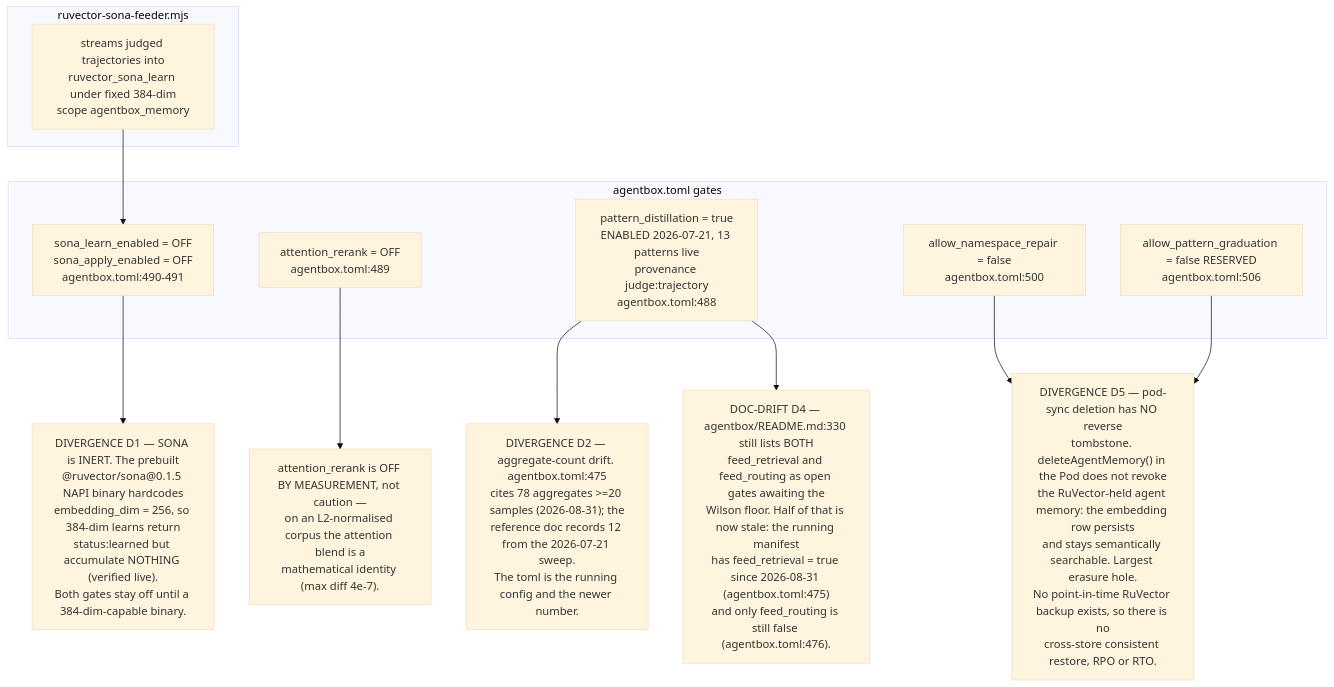
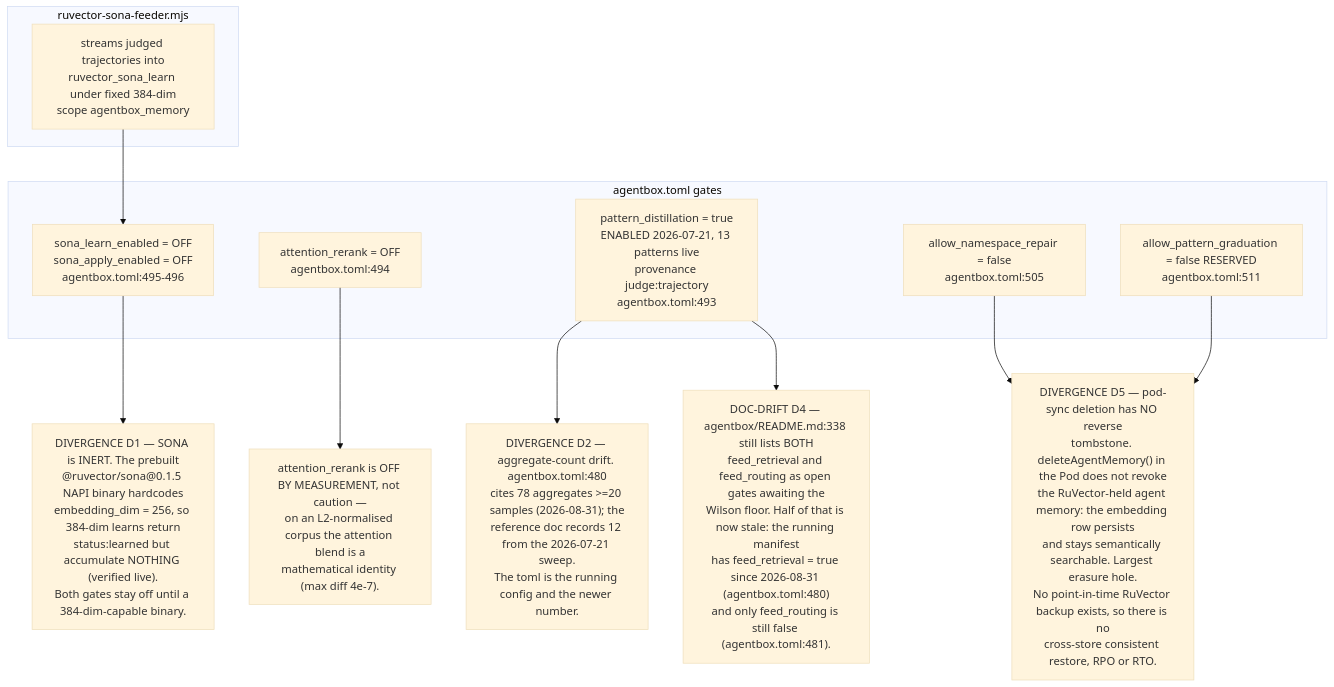
One commit to DreamLab-AI/VisionFlow changed the fifth of 6 diagrams in docs/diagrams/estate/07-memory-and-embedding-estate.md. Above: the diagram before and after it, drawn with Mermaid (base theme). The commit also changed other lines of this file and 80 other files, not shown here.

First line of the commit message:
docs(diagrams): re-verify the agentbox, dreamlab, estate and visionflow corpus against current sources

````diff
--- a/docs/diagrams/estate/07-memory-and-embedding-estate.md
+++ b/docs/diagrams/estate/07-memory-and-embedding-estate.md
@@ -156,26 +156,26 @@
 ```mermaid
 flowchart TB
     subgraph feeder["ruvector-sona-feeder.mjs"]
         F1["streams judged trajectories into<br/>ruvector_sona_learn under fixed 384-dim<br/>scope agentbox_memory"]
     end
     subgraph gates["agentbox.toml gates"]
-        G1["sona_learn_enabled = OFF<br/>sona_apply_enabled = OFF<br/>agentbox.toml:490-491"]
-        G2["attention_rerank = OFF<br/>agentbox.toml:489"]
-        G3["pattern_distillation = true<br/>ENABLED 2026-07-21, 13 patterns live<br/>provenance judge:trajectory<br/>agentbox.toml:488"]
-        G4["allow_namespace_repair = false<br/>agentbox.toml:500"]
-        G5["allow_pattern_graduation = false RESERVED<br/>agentbox.toml:506"]
+        G1["sona_learn_enabled = OFF<br/>sona_apply_enabled = OFF<br/>agentbox.toml:495-496"]
+        G2["attention_rerank = OFF<br/>agentbox.toml:494"]
+        G3["pattern_distillation = true<br/>ENABLED 2026-07-21, 13 patterns live<br/>provenance judge:trajectory<br/>agentbox.toml:493"]
+        G4["allow_namespace_repair = false<br/>agentbox.toml:505"]
+        G5["allow_pattern_graduation = false RESERVED<br/>agentbox.toml:511"]
     end
     D1["DIVERGENCE D1 — SONA is INERT. The prebuilt<br/>@ruvector/sona@0.1.5 NAPI binary hardcodes<br/>embedding_dim = 256, so 384-dim learns return<br/>status:learned but accumulate NOTHING (verified live).<br/>Both gates stay off until a 384-dim-capable binary."]
     D1B["attention_rerank is OFF BY MEASUREMENT, not caution —<br/>on an L2-normalised corpus the attention blend is a<br/>mathematical identity (max diff 4e-7)."]
-    D2["DIVERGENCE D2 — aggregate-count drift. agentbox.toml:475<br/>cites 78 aggregates >=20 samples (2026-08-31); the<br/>reference doc records 12 from the 2026-07-21 sweep.<br/>The toml is the running config and the newer number."]
-    D4["DOC-DRIFT D4 — agentbox/README.md:330 still lists BOTH<br/>feed_retrieval and feed_routing as open gates awaiting the<br/>Wilson floor. Half of that is now stale: the running manifest<br/>has feed_retrieval = true since 2026-08-31 (agentbox.toml:475)<br/>and only feed_routing is still false (agentbox.toml:476)."]
+    D2["DIVERGENCE D2 — aggregate-count drift. agentbox.toml:480<br/>cites 78 aggregates >=20 samples (2026-08-31); the<br/>reference doc records 12 from the 2026-07-21 sweep.<br/>The toml is the running config and the newer number."]
+    D4["DOC-DRIFT D4 — agentbox/README.md:338 still lists BOTH<br/>feed_retrieval and feed_routing as open gates awaiting the<br/>Wilson floor. Half of that is now stale: the running manifest<br/>has feed_retrieval = true since 2026-08-31 (agentbox.toml:480)<br/>and only feed_routing is still false (agentbox.toml:481)."]
     D5["DIVERGENCE D5 — pod-sync deletion has NO reverse<br/>tombstone. deleteAgentMemory() in the Pod does not revoke<br/>the RuVector-held agent memory: the embedding row persists<br/>and stays semantically searchable. Largest erasure hole.<br/>No point-in-time RuVector backup exists, so there is no<br/>cross-store consistent restore, RPO or RTO."]
 
     F1 --> G1
     G1 --> D1
     G2 --> D1B
     G3 --> D2
     G3 --> D4
     G4 --> D5
     G5 --> D5
 ```
````
